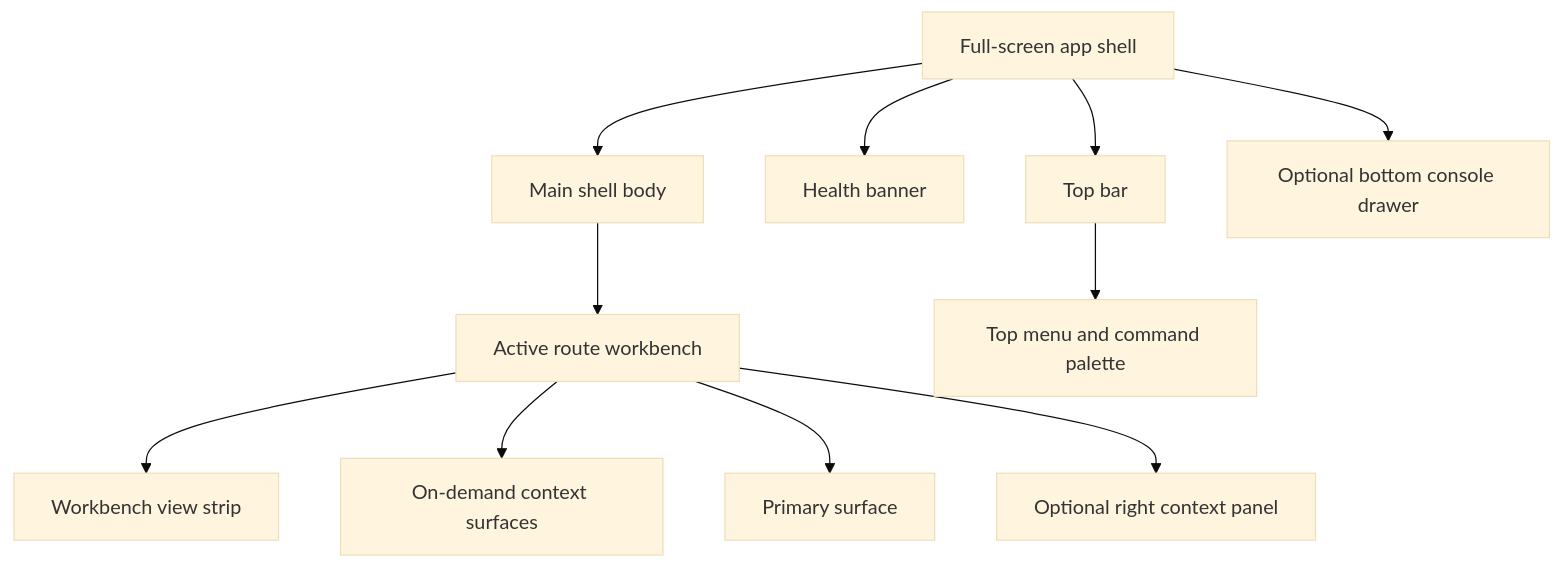
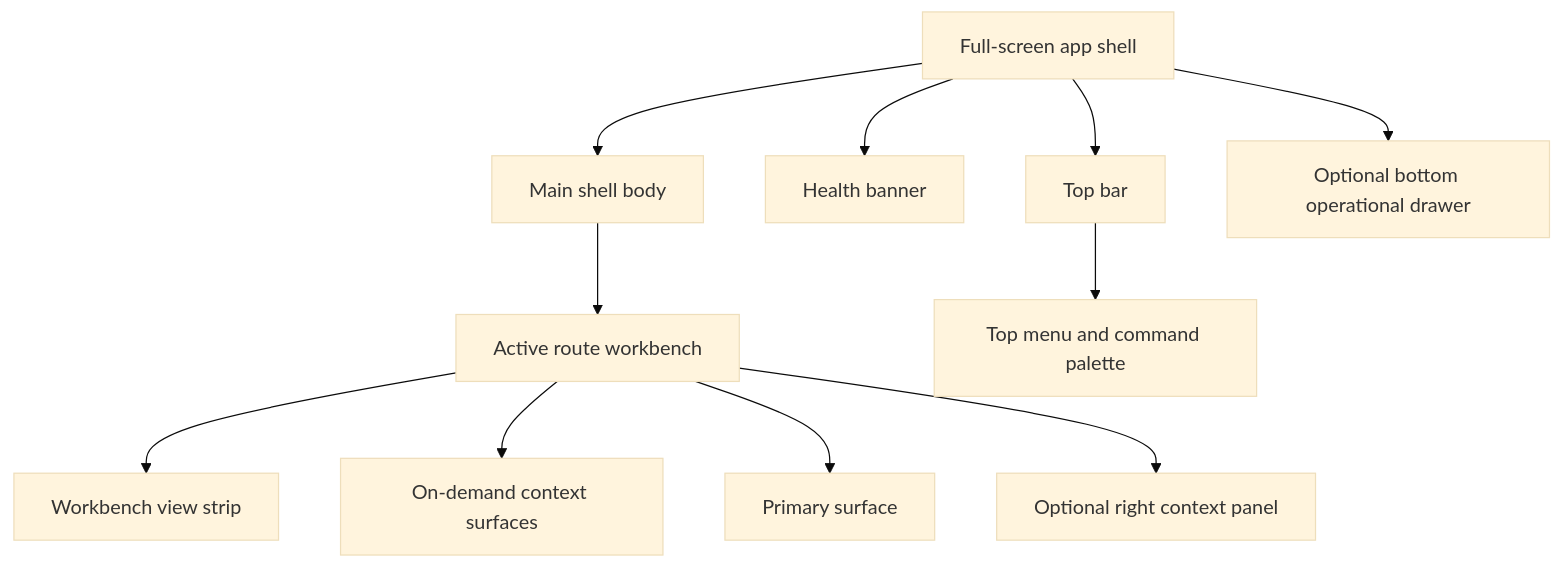
Before and after one commit to dunay2/dvt: the diagram in docs/architecture/components/web/workbench-ui-contract-and-component-inventory.md, drawn with Mermaid (base theme). The commit also changed other lines of this file and 43 other files, not shown here.

Commit message:
refactor(web): Canonicalize bottom operational drawer

````diff
--- a/docs/architecture/components/web/workbench-ui-contract-and-component-inventory.md
+++ b/docs/architecture/components/web/workbench-ui-contract-and-component-inventory.md
@@ -55,13 +55,13 @@
 ```mermaid
 flowchart TB
   App["Full-screen app shell"] --> Top["Top bar"]
   App --> Health["Health banner"]
   App --> Body["Main shell body"]
   Body --> Route["Active route workbench"]
   Top --> Menu["Top menu and command palette"]
   Route --> Views["Workbench view strip"]
   Route --> Overlay["On-demand context surfaces"]
   Route --> Center["Primary surface"]
   Route --> Right["Optional right context panel"]
-  App --> Bottom["Optional bottom console drawer"]
+  App --> Bottom["Optional bottom operational drawer"]
 ```
````
